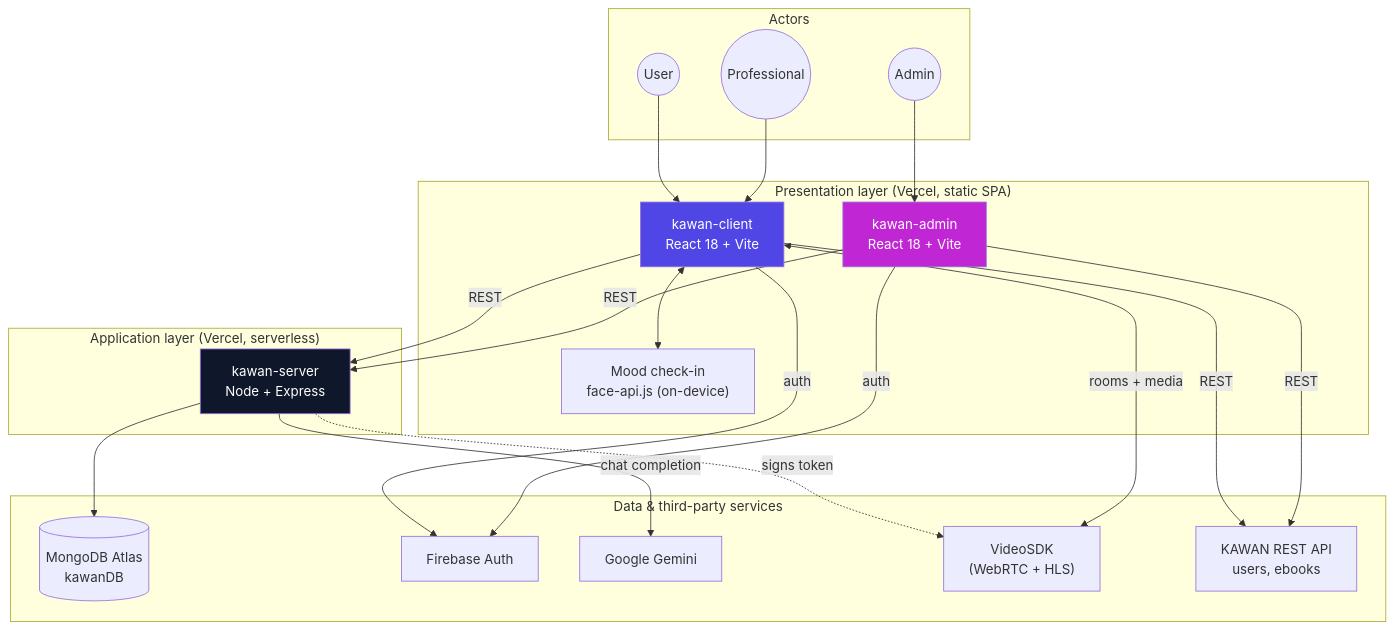
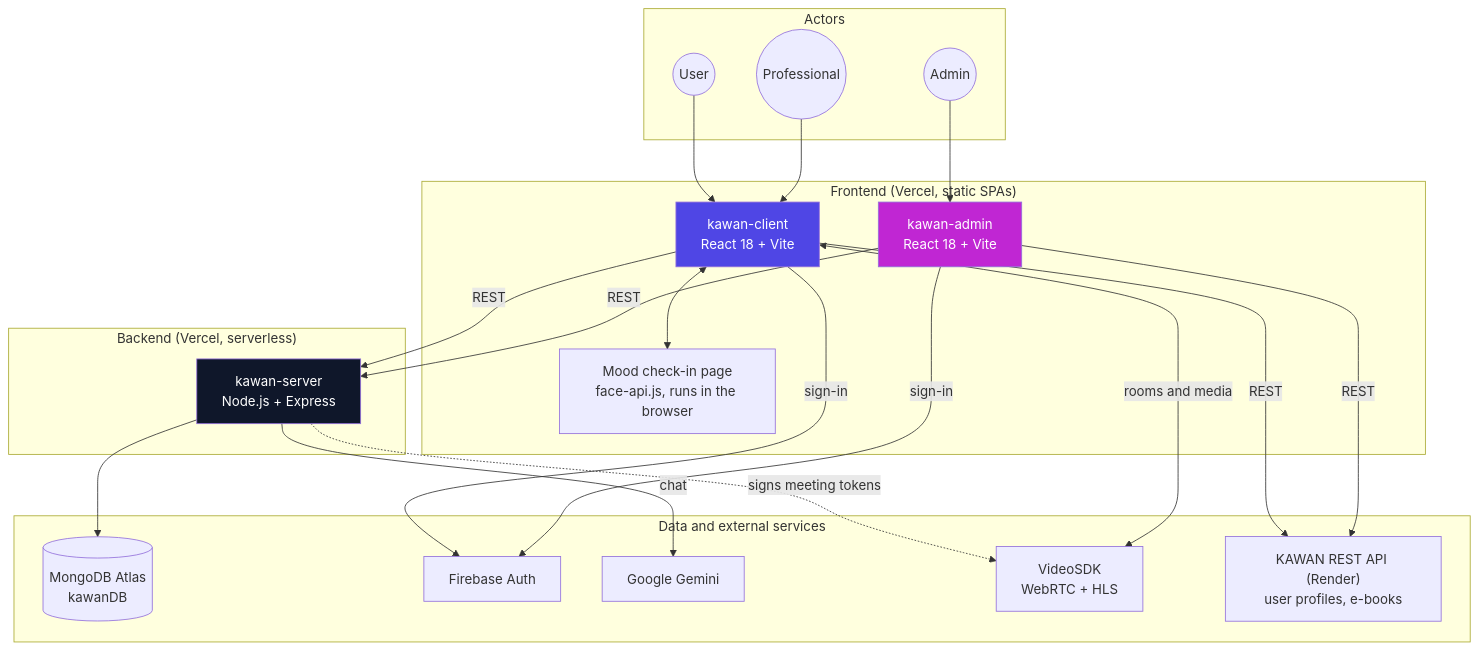
The first of 6 diagrams in README.md (mahfuzhasanreza/kawan), drawn with Mermaid before and after one commit. The commit also changed other lines of this file, not shown here.

Commit message:
chore: update submodule references for client, admin, and server

````diff
--- a/README.md
+++ b/README.md
@@ -129,47 +132,47 @@
 ```mermaid
 flowchart TB
-    subgraph Users["Actors"]
+    subgraph Actors
         U(("User"))
         P(("Professional"))
         A(("Admin"))
     end
 
-    subgraph Frontend["Presentation layer (Vercel, static SPA)"]
+    subgraph Frontend["Frontend (Vercel, static SPAs)"]
         C["kawan-client<br/>React 18 + Vite"]
         AD["kawan-admin<br/>React 18 + Vite"]
-        FD["Mood check-in<br/>face-api.js (on-device)"]
+        FD["Mood check-in page<br/>face-api.js, runs in the browser"]
     end
 
-    subgraph Backend["Application layer (Vercel, serverless)"]
-        S["kawan-server<br/>Node + Express"]
+    subgraph Backend["Backend (Vercel, serverless)"]
+        S["kawan-server<br/>Node.js + Express"]
     end
 
-    subgraph Data["Data & third-party services"]
+    subgraph Services["Data and external services"]
         DB[("MongoDB Atlas<br/>kawanDB")]
         FB["Firebase Auth"]
         GM["Google Gemini"]
-        VS["VideoSDK<br/>(WebRTC + HLS)"]
-        KR["KAWAN REST API<br/>users, ebooks"]
+        VS["VideoSDK<br/>WebRTC + HLS"]
+        KR["KAWAN REST API (Render)<br/>user profiles, e-books"]
     end
 
     U --> C
     P --> C
     A --> AD
     C <--> FD
 
-    C -- "auth" --> FB
-    AD -- "auth" --> FB
+    C -- "sign-in" --> FB
+    AD -- "sign-in" --> FB
     C -- "REST" --> S
     AD -- "REST" --> S
     C -- "REST" --> KR
     AD -- "REST" --> KR
 
     S --> DB
-    S -- "chat completion" --> GM
-    S -. "signs token" .-> VS
-    C <-- "rooms + media" --> VS
+    S -- "chat" --> GM
+    S -. "signs meeting tokens" .-> VS
+    C <-- "rooms and media" --> VS
 
     style S fill:#0f172a,color:#fff
     style C fill:#4f46e5,color:#fff
     style AD fill:#c026d3,color:#fff
 ```
````
